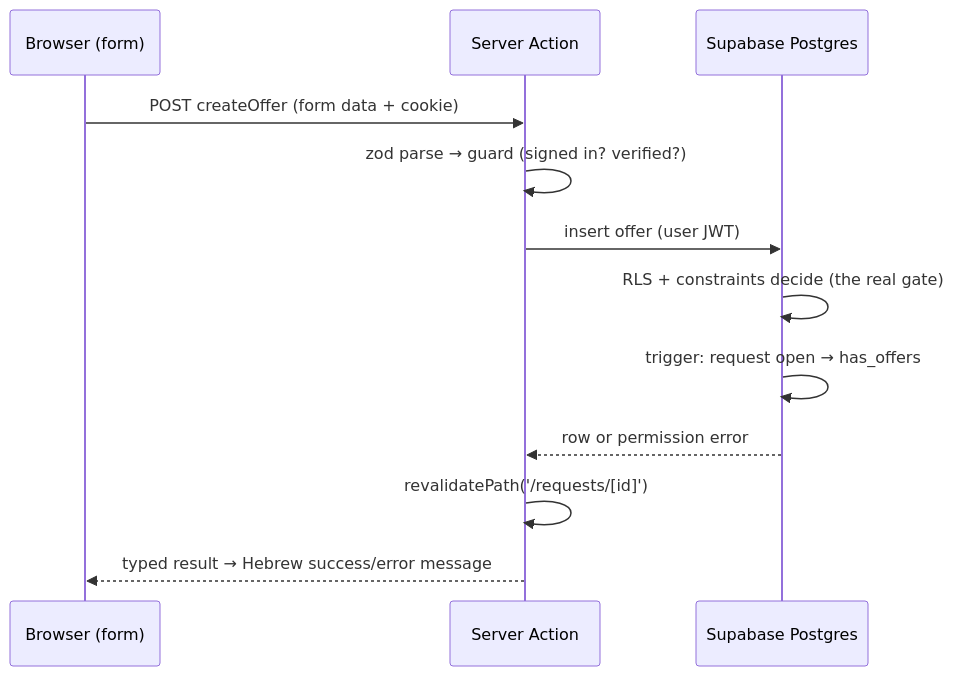
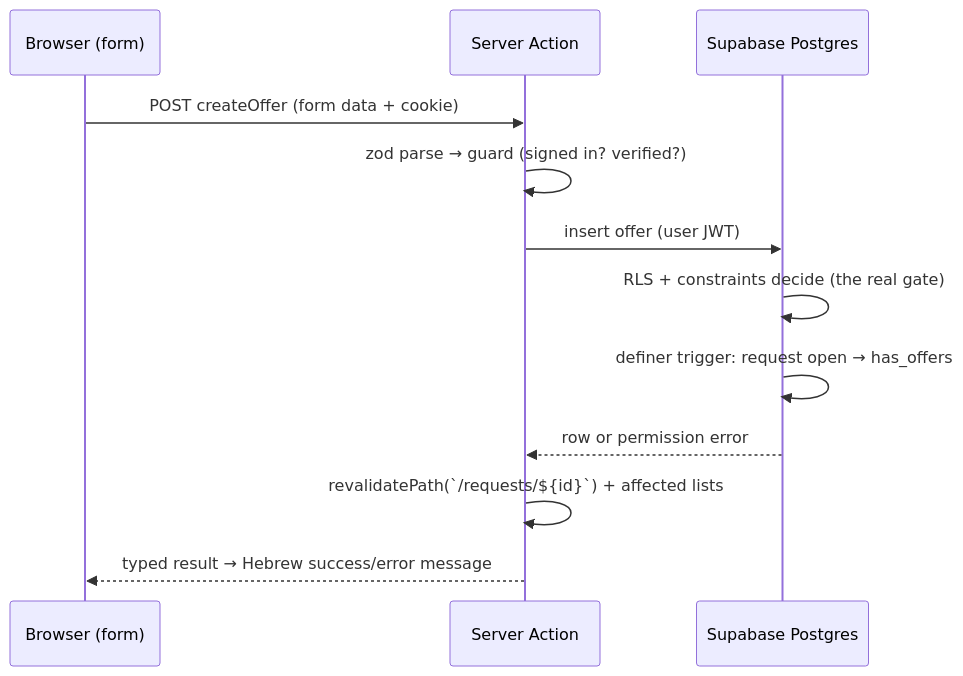
One commit to YuvGev00/ihelp changed the fourth of 4 diagrams in docs/02-architecture.md. Above: the diagram before and after it, drawn with Mermaid. The commit also changed other lines of this file, not shown here.

````diff
--- a/docs/02-architecture.md
+++ b/docs/02-architecture.md
@@ -295,15 +391,15 @@
 ```mermaid
 sequenceDiagram
     participant B as Browser (form)
     participant SA as Server Action
     participant DB as Supabase Postgres
 
     B->>SA: POST createOffer (form data + cookie)
     SA->>SA: zod parse → guard (signed in? verified?)
     SA->>DB: insert offer (user JWT)
     DB->>DB: RLS + constraints decide (the real gate)
-    DB->>DB: trigger: request open → has_offers
+    DB->>DB: definer trigger: request open → has_offers
     DB-->>SA: row or permission error
-    SA->>SA: revalidatePath('/requests/[id]')
+    SA->>SA: revalidatePath(`/requests/${id}`) + affected lists
     SA-->>B: typed result → Hebrew success/error message
 ```
````
